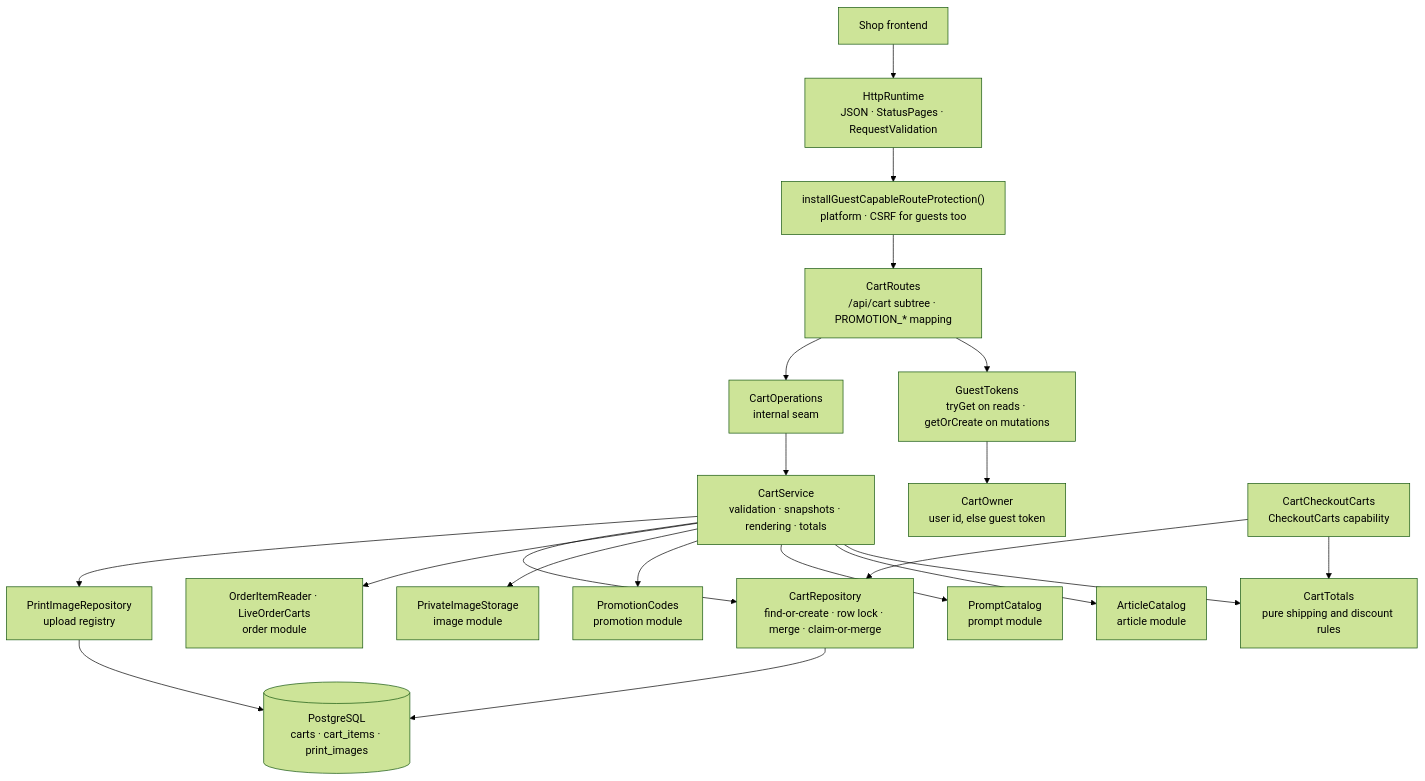
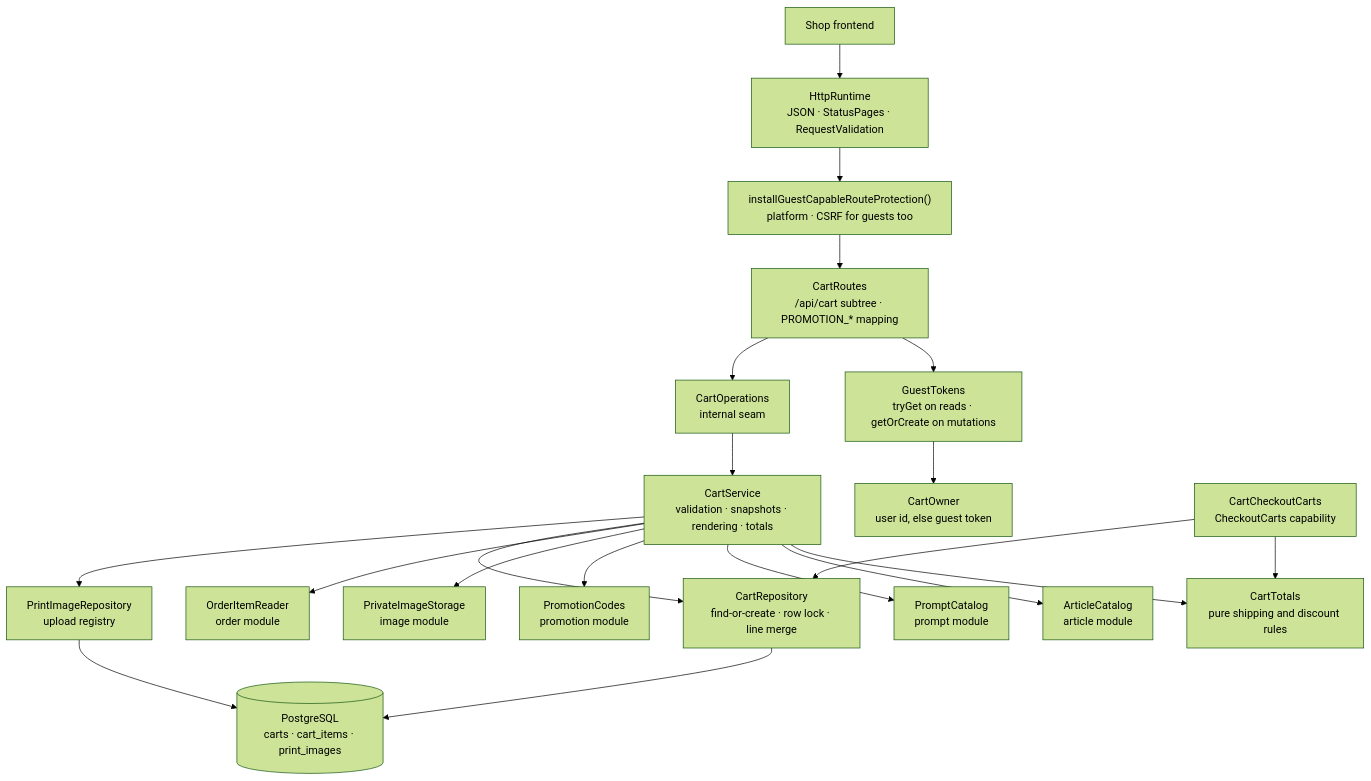
Before and after one commit to bitstorm-tech/voenix-shop-kotlin: the diagram in docs/dev/backend/cart-package.md, drawn with Mermaid (forest theme). The commit also changed other lines of this file and 126 other files, not shown here.

First line of the commit message:
Remove the guest-data claim; permanent order link in the confirmation mail

````diff
--- a/docs/dev/backend/cart-package.md
+++ b/docs/dev/backend/cart-package.md
@@ -33,35 +32,35 @@
 ```mermaid
 flowchart TB
     Client["Shop frontend"]
     Http["HttpRuntime<br/>JSON · StatusPages · RequestValidation"]
     Csrf["installGuestCapableRouteProtection()<br/>platform · CSRF for guests too"]
     Routes["CartRoutes<br/>/api/cart subtree · PROMOTION_* mapping"]
     Guest["GuestTokens<br/>tryGet on reads · getOrCreate on mutations"]
     Owner["CartOwner<br/>user id, else guest token"]
     Operations["CartOperations<br/>internal seam"]
     Service["CartService<br/>validation · snapshots · rendering · totals"]
     Totals["CartTotals<br/>pure shipping and discount rules"]
     Articles["ArticleCatalog<br/>article module"]
     Prompts["PromptCatalog<br/>prompt module"]
     Promotions["PromotionCodes<br/>promotion module"]
     Storage["PrivateImageStorage<br/>image module"]
-    Ordered["OrderItemReader · LiveOrderCarts<br/>order module"]
+    Ordered["OrderItemReader<br/>order module"]
     Checkout["CartCheckoutCarts<br/>CheckoutCarts capability"]
-    Repository["CartRepository<br/>find-or-create · row lock · merge · claim-or-merge"]
+    Repository["CartRepository<br/>find-or-create · row lock · line merge"]
     Images["PrintImageRepository<br/>upload registry"]
     Tables[("PostgreSQL<br/>carts · cart_items · print_images")]
 
     Client --> Http --> Csrf --> Routes
     Routes --> Guest --> Owner
     Routes --> Operations --> Service
     Service --> Totals
     Service --> Articles
     Service --> Prompts
     Service --> Promotions
     Service --> Storage
     Service --> Ordered
     Service --> Repository --> Tables
     Service --> Images --> Tables
     Checkout --> Totals
     Checkout --> Repository
 ```
````
